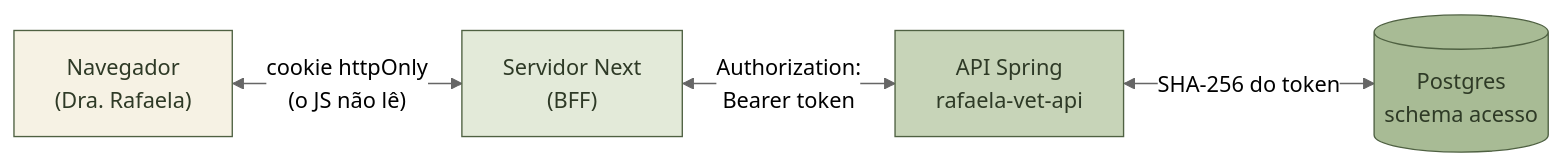
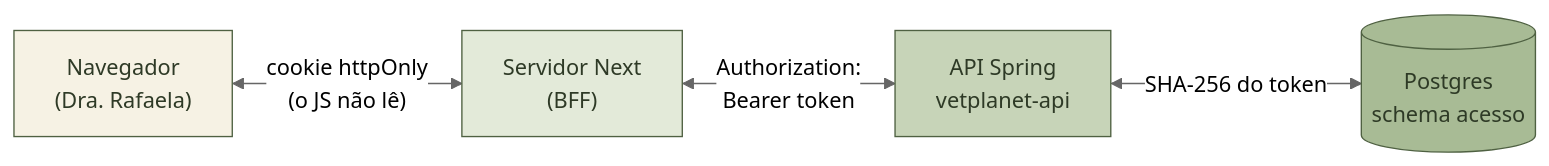
Before and after one commit to chrmartins/vetplanet-api: the first of 6 diagrams in docs/autenticacao.md, drawn with Mermaid (neutral theme). The commit also changed other lines of this file and 99 other files, not shown here.

````diff
--- a/docs/autenticacao.md
+++ b/docs/autenticacao.md
@@ -35,16 +35,16 @@
 ```mermaid
 flowchart LR
     U["Navegador<br/>(Dra. Rafaela)"]
     N["Servidor Next<br/>(BFF)"]
-    A["API Spring<br/>rafaela-vet-api"]
+    A["API Spring<br/>vetplanet-api"]
     D[("Postgres<br/>schema acesso")]
 
     U <-->|"cookie httpOnly<br/>(o JS não lê)"| N
     N <-->|"Authorization:<br/>Bearer token"| A
     A <-->|"SHA-256 do token"| D
 
     style U fill:#F6F2E4,stroke:#4F6142,color:#2E3A26
     style N fill:#E3EAD9,stroke:#4F6142,color:#2E3A26
     style A fill:#C7D4B8,stroke:#4F6142,color:#2E3A26
     style D fill:#A8BB95,stroke:#4F6142,color:#2E3A26
 ```
````
